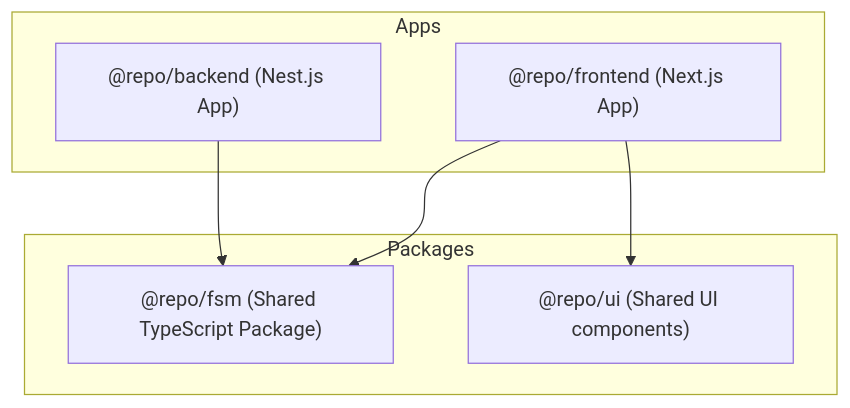
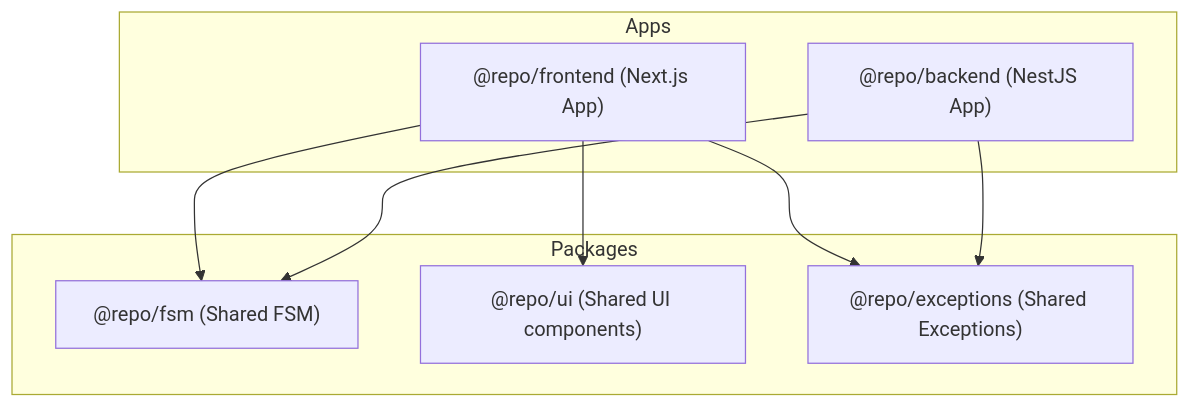
One commit to benmaxlevy/EngageLoop changed the first of 3 diagrams in README.md. Above: the diagram before and after it, drawn with Mermaid. The commit also changed other lines of this file and 8 other files, not shown here.

````diff
--- a/README.md
+++ b/README.md
@@ -9,16 +26,19 @@
 ```mermaid
 graph TD
     subgraph Packages
-        FSM["@repo/fsm (Shared TypeScript Package)"]
+        FSM["@repo/fsm (Shared FSM)"]
         UI["@repo/ui (Shared UI components)"]
+        EXC["@repo/exceptions (Shared Exceptions)"]
     end
 
     subgraph Apps
         FE["@repo/frontend (Next.js App)"]
-        BE["@repo/backend (Nest.js App)"]
+        BE["@repo/backend (NestJS App)"]
     end
 
     FE --> FSM
     FE --> UI
+    FE --> EXC
     BE --> FSM
+    BE --> EXC
 ```
````
